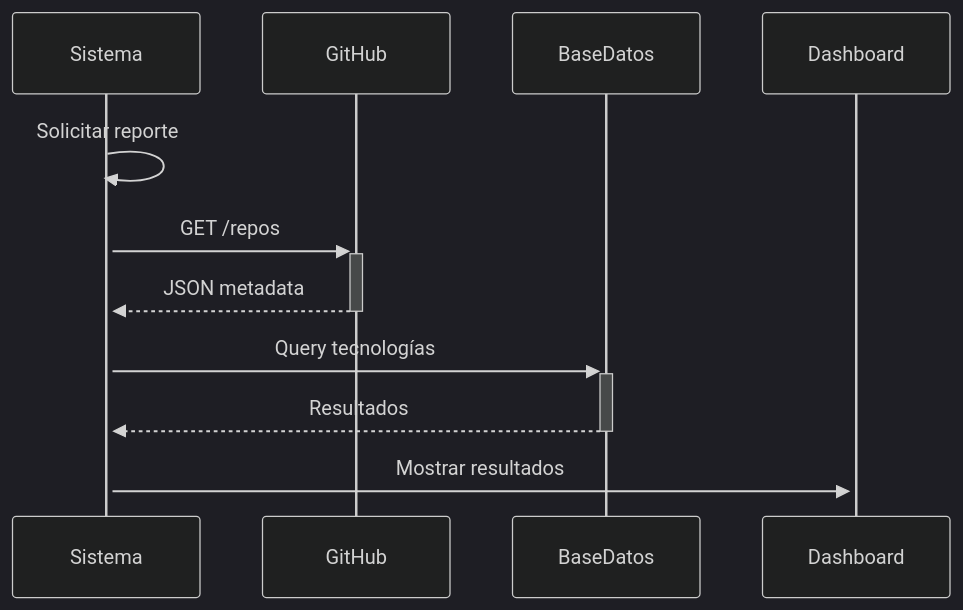
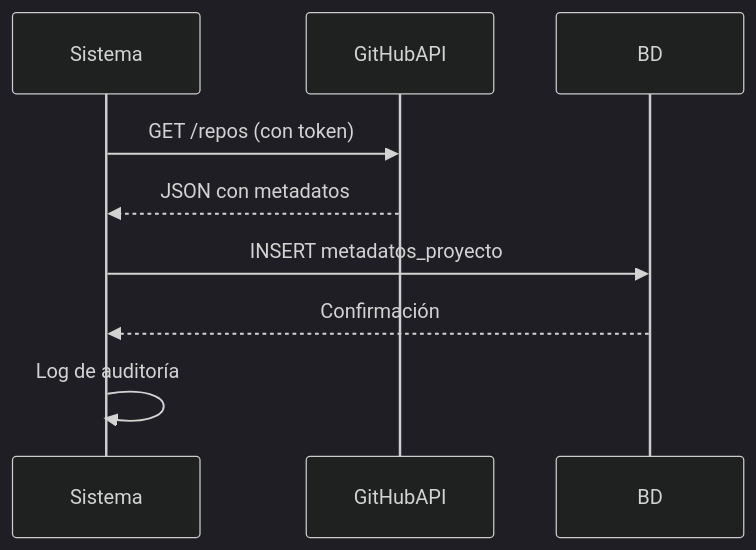
One commit to UPT-FAING-EPIS/proyecto-si885-2025-i-u1-hernandez_paja changed the tenth of 13 diagrams in FD03-EPIS-Informe Especificación Requerimientos.md. Above: the diagram before and after it, drawn with Mermaid (dark theme). The commit also changed other lines of this file, not shown here.

````diff
--- a/FD03-EPIS-Informe Especificación Requerimientos.md
+++ b/FD03-EPIS-Informe Especificación Requerimientos.md
@@ -314,9 +318,12 @@
 ```mermaid
 sequenceDiagram
-    Sistema->>+Sistema: Solicitar reporte
-    Sistema->>+GitHub: GET /repos
-    GitHub-->>-Sistema: JSON metadata
-    Sistema->>+BaseDatos: Query tecnologías
-    BaseDatos-->>-Sistema: Resultados
-    Sistema->>+Dashboard: Mostrar resultados
+    participant Sistema
+    participant GitHubAPI
+    participant BD
+    
+    Sistema->>GitHubAPI: GET /repos (con token)
+    GitHubAPI-->>Sistema: JSON con metadatos
+    Sistema->>BD: INSERT metadatos_proyecto
+    BD-->>Sistema: Confirmación
+    Sistema->>Sistema: Log de auditoría
 ```
````
